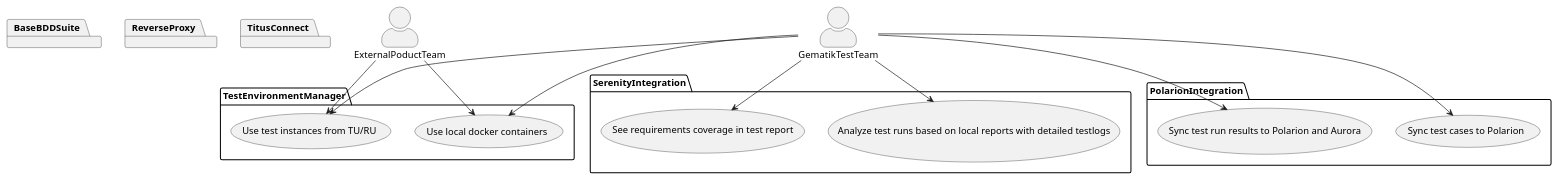
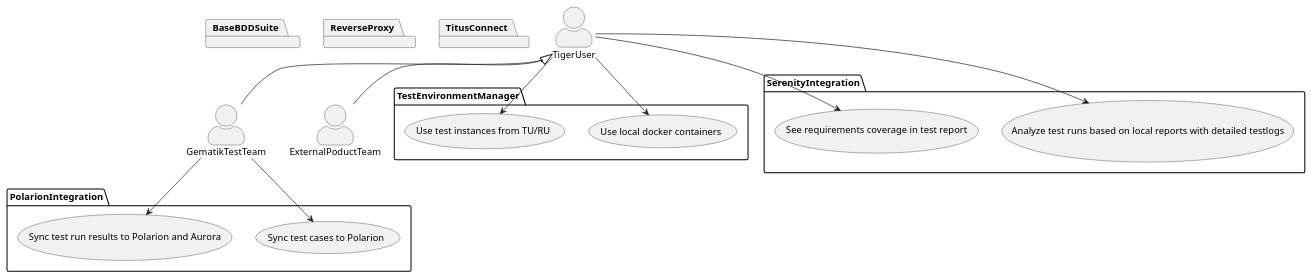
Before and after one commit to gematik/app-Tiger: the diagram in doc/specification/tiger_use_cases.puml, drawn with PlantUML.

Commit message:
generalized actor

```diff
--- a/doc/specification/tiger_use_cases.puml
+++ b/doc/specification/tiger_use_cases.puml
@@ -1,44 +1,48 @@
 @startuml
 
 skinparam actorStyle awesome
 
+actor TigerUser as tigUsr
 actor GematikTestTeam as gemTT
 actor ExternalPoductTeam as extProd
+
+tigUsr <|-- gemTT
+tigUsr <|-- extProd
+
 
 package TestEnvironmentManager {
     usecase "Use local docker containers" as TEMUC1
     usecase "Use test instances from TU/RU" as TEMUC2
 }
+
+tigUsr --> TEMUC1
+tigUsr --> TEMUC2
+
 
 package BaseBDDSuite {
 }
 
 package ReverseProxy {
 }
 
 package TitusConnect {
 }
 
 package SerenityIntegration {
     usecase "Analyze test runs based on local reports with detailed testlogs" as SIUC1
     usecase "See requirements coverage in test report" as SIUC2
 }
 
+tigUsr --> SIUC1
+tigUsr --> SIUC2
+
+
 package PolarionIntegration {
     usecase "Sync test cases to Polarion" as PIUC1
     usecase "Sync test run results to Polarion and Aurora" as PIUC2
 }
-gemTT --> TEMUC1
-gemTT --> TEMUC2
-
 gemTT --> PIUC1
 gemTT --> PIUC2
 
-gemTT --> SIUC1
-gemTT --> SIUC2
-
-extProd --> TEMUC1
-extProd --> TEMUC2
-
 
 @enduml
```
